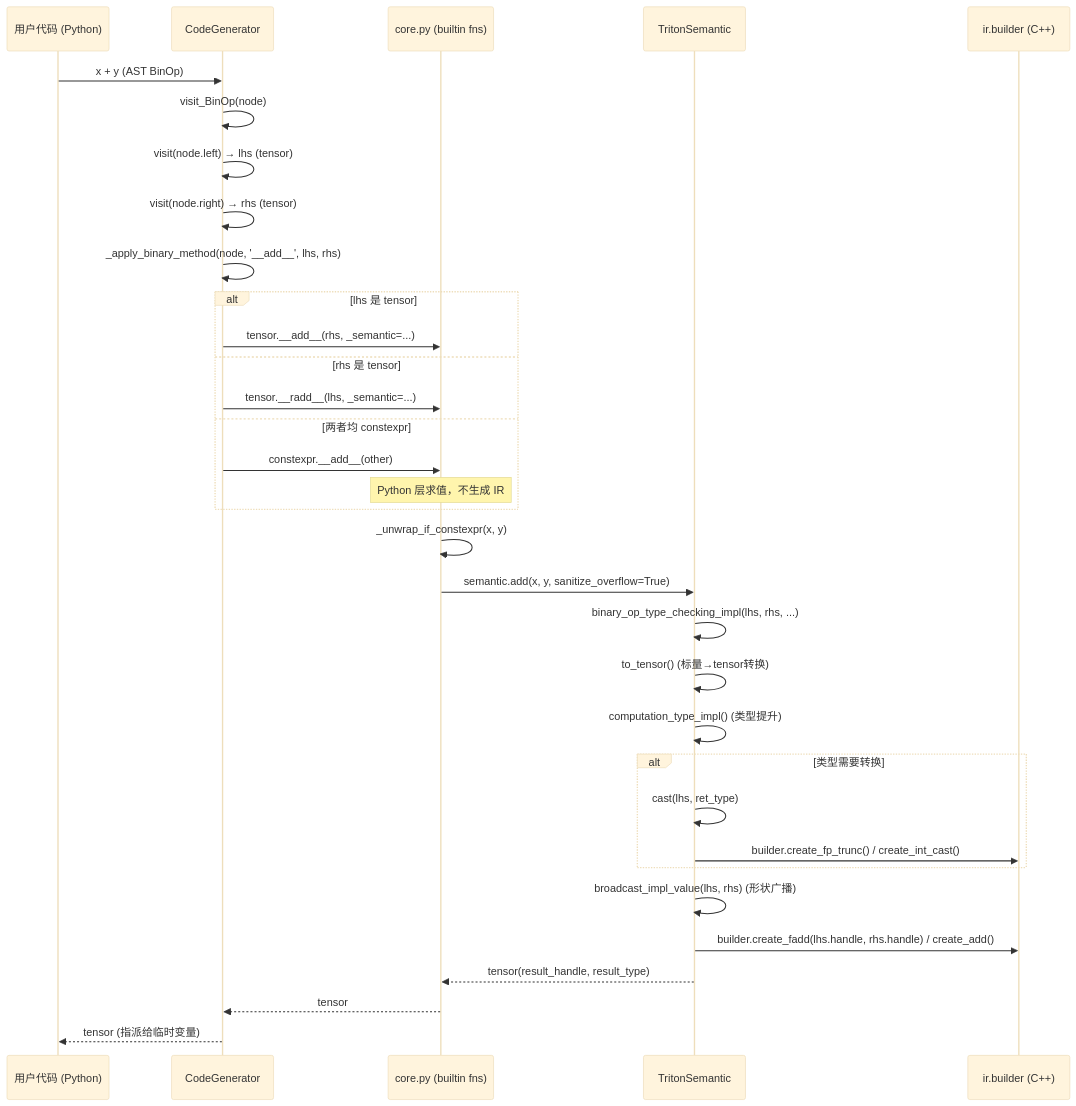
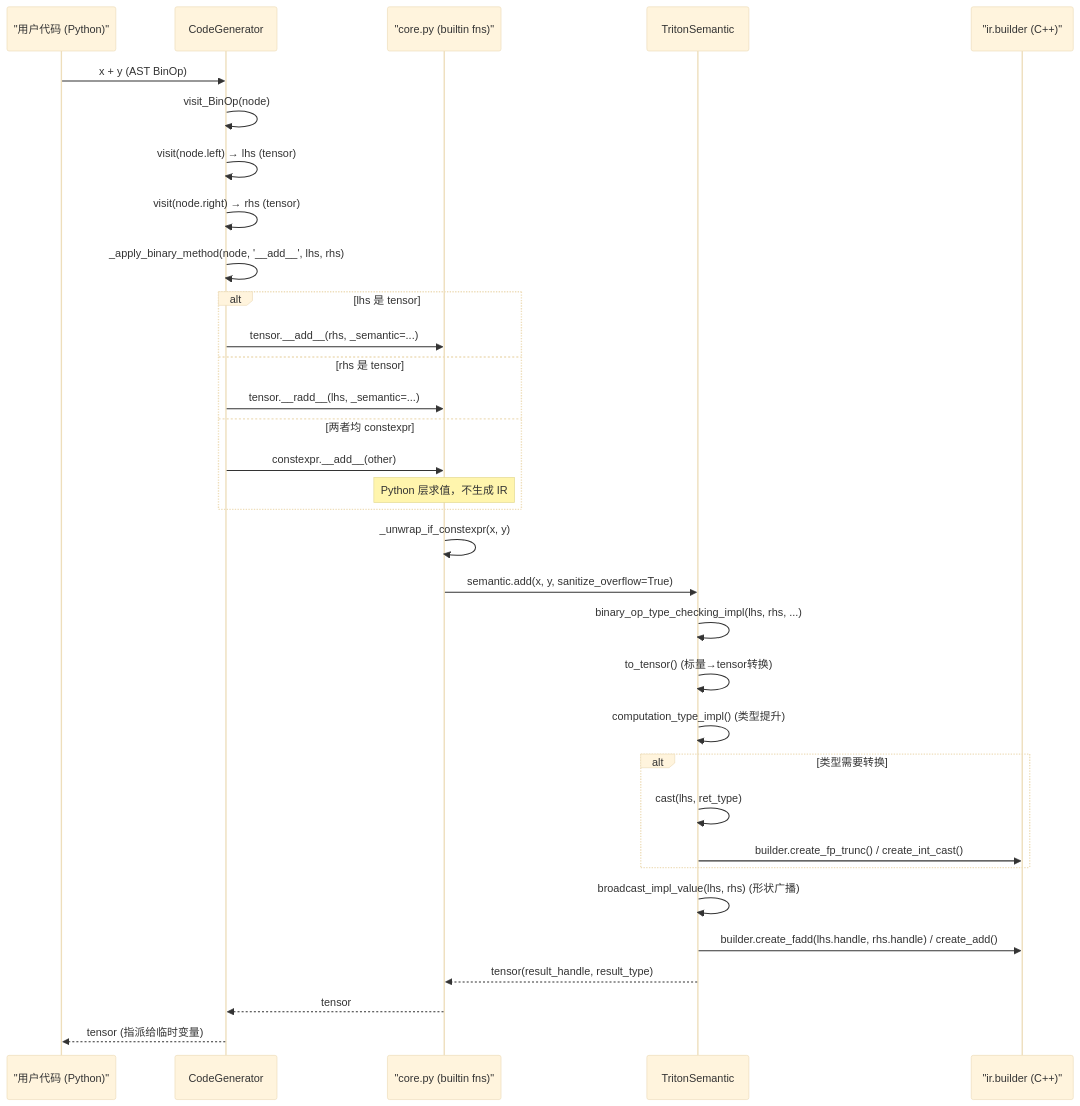
Before and after one commit to Allen-C-Guan/Pytorch-Inductor-Tutorial: the second of 4 diagrams in Triton Introduction/triton_compiler_view_tutorial/ch05_type_system.md, drawn with Mermaid (base theme). The commit also changed 4 other files, not shown here.

Commit message:
fix graph bug

````diff
--- a/Triton Introduction/triton_compiler_view_tutorial/ch05_type_system.md
+++ b/Triton Introduction/triton_compiler_view_tutorial/ch05_type_system.md
@@ -337,36 +337,36 @@
 ```mermaid
 sequenceDiagram
-    participant User as 用户代码 (Python)
+    participant User as "用户代码 (Python)"
     participant CG as CodeGenerator
-    participant Core as core.py (builtin fns)
+    participant Core as "core.py (builtin fns)"
     participant Sem as TritonSemantic
-    participant IR as ir.builder (C++)
+    participant IR as "ir.builder (C++)"
 
     User->>CG: x + y (AST BinOp)
     CG->>CG: visit_BinOp(node)
     CG->>CG: visit(node.left) → lhs (tensor)
     CG->>CG: visit(node.right) → rhs (tensor)
     CG->>CG: _apply_binary_method(node, '__add__', lhs, rhs)
     alt lhs 是 tensor
         CG->>Core: tensor.__add__(rhs, _semantic=...)
     else rhs 是 tensor
         CG->>Core: tensor.__radd__(lhs, _semantic=...)
     else 两者均 constexpr
         CG->>Core: constexpr.__add__(other)
         Note over Core: Python 层求值，不生成 IR
     end
     Core->>Core: _unwrap_if_constexpr(x, y)
     Core->>Sem: semantic.add(x, y, sanitize_overflow=True)
     Sem->>Sem: binary_op_type_checking_impl(lhs, rhs, ...)
     Sem->>Sem: to_tensor() (标量→tensor转换)
     Sem->>Sem: computation_type_impl() (类型提升)
     alt 类型需要转换
         Sem->>Sem: cast(lhs, ret_type)
         Sem->>IR: builder.create_fp_trunc() / create_int_cast()
     end
     Sem->>Sem: broadcast_impl_value(lhs, rhs) (形状广播)
     Sem->>IR: builder.create_fadd(lhs.handle, rhs.handle) / create_add()
     Sem-->>Core: tensor(result_handle, result_type)
     Core-->>CG: tensor
     CG-->>User: tensor (指派给临时变量)
 ```
````
